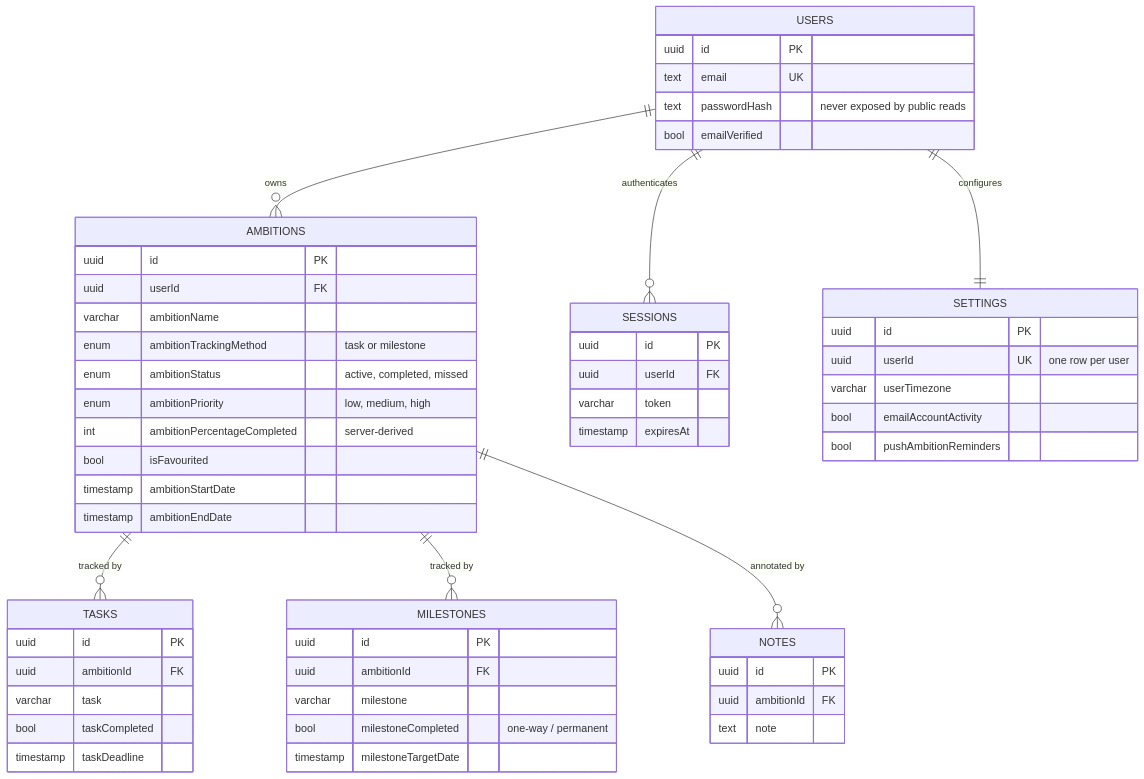
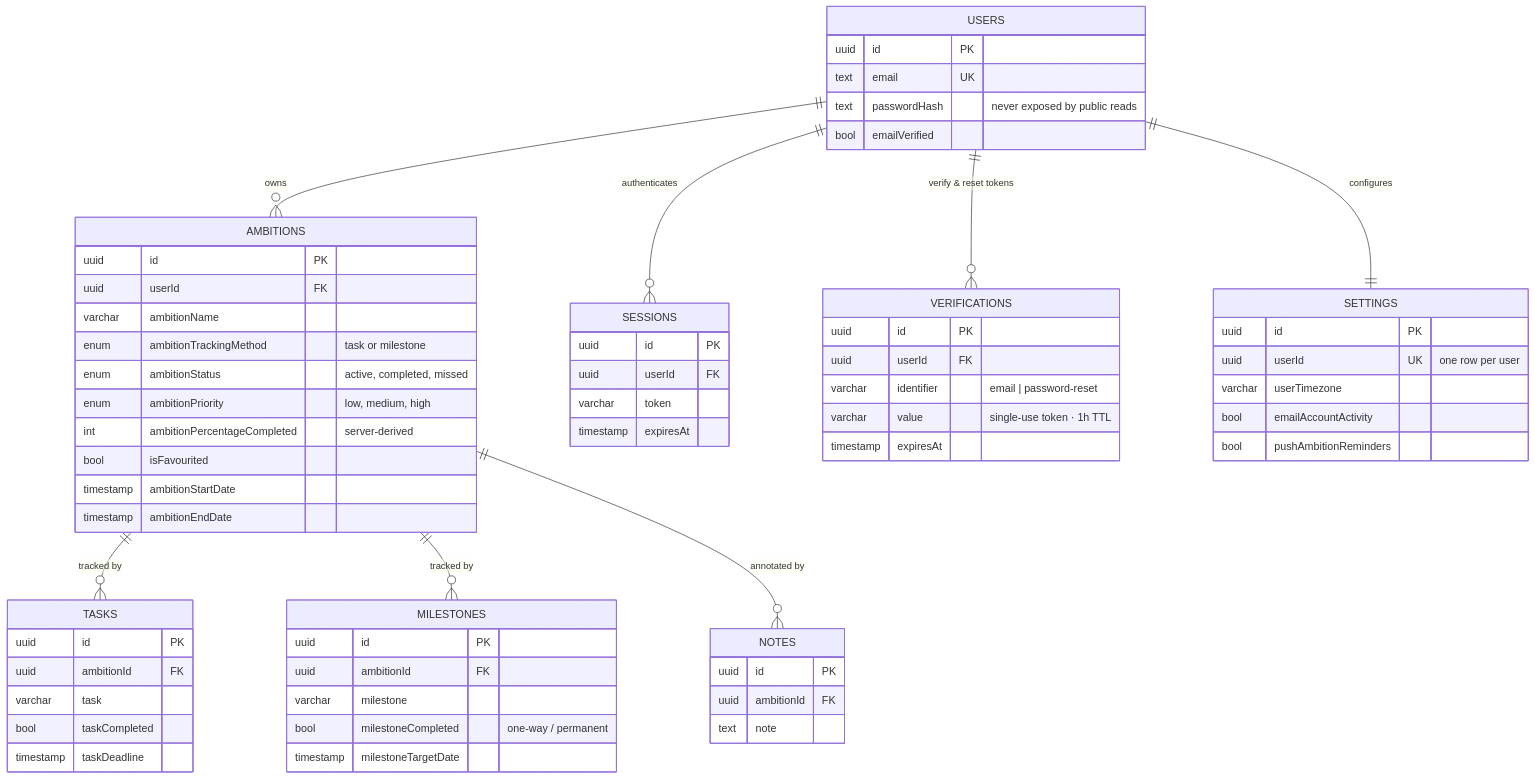
The second of 2 diagrams in README.md (hemants1703/AmbitiousYou), drawn with Mermaid before and after one commit. The commit also changed other lines of this file and 11 other files, not shown here.

````diff
--- a/README.md
+++ b/README.md
@@ -158,60 +161,68 @@
 ```mermaid
 erDiagram
     USERS ||--o{ AMBITIONS : owns
     USERS ||--o{ SESSIONS : authenticates
+    USERS ||--o{ VERIFICATIONS : "verify & reset tokens"
     USERS ||--|| SETTINGS : configures
     AMBITIONS ||--o{ TASKS : "tracked by"
     AMBITIONS ||--o{ MILESTONES : "tracked by"
     AMBITIONS ||--o{ NOTES : "annotated by"
 
     USERS {
         uuid id PK
         text email UK
         text passwordHash "never exposed by public reads"
         bool emailVerified
     }
     AMBITIONS {
         uuid id PK
         uuid userId FK
         varchar ambitionName
         enum ambitionTrackingMethod "task or milestone"
         enum ambitionStatus "active, completed, missed"
         enum ambitionPriority "low, medium, high"
         int ambitionPercentageCompleted "server-derived"
         bool isFavourited
         timestamp ambitionStartDate
         timestamp ambitionEndDate
     }
     TASKS {
         uuid id PK
         uuid ambitionId FK
         varchar task
         bool taskCompleted
         timestamp taskDeadline
     }
     MILESTONES {
         uuid id PK
         uuid ambitionId FK
         varchar milestone
         bool milestoneCompleted "one-way / permanent"
         timestamp milestoneTargetDate
     }
     NOTES {
         uuid id PK
         uuid ambitionId FK
         text note
     }
     SETTINGS {
         uuid id PK
         uuid userId UK "one row per user"
         varchar userTimezone
         bool emailAccountActivity
         bool pushAmbitionReminders
     }
     SESSIONS {
         uuid id PK
         uuid userId FK
         varchar token
         timestamp expiresAt
     }
+    VERIFICATIONS {
+        uuid id PK
+        uuid userId FK
+        varchar identifier "email | password-reset"
+        varchar value "single-use token · 1h TTL"
+        timestamp expiresAt
+    }
 ```
````
